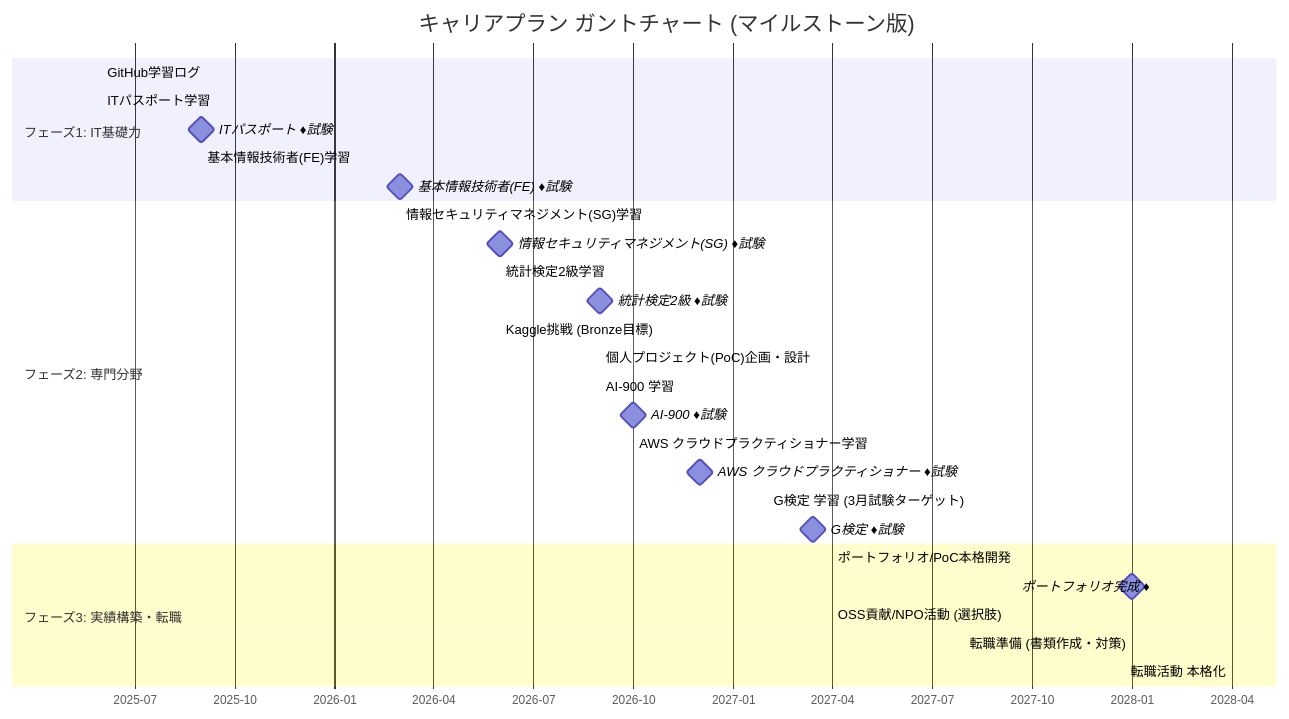
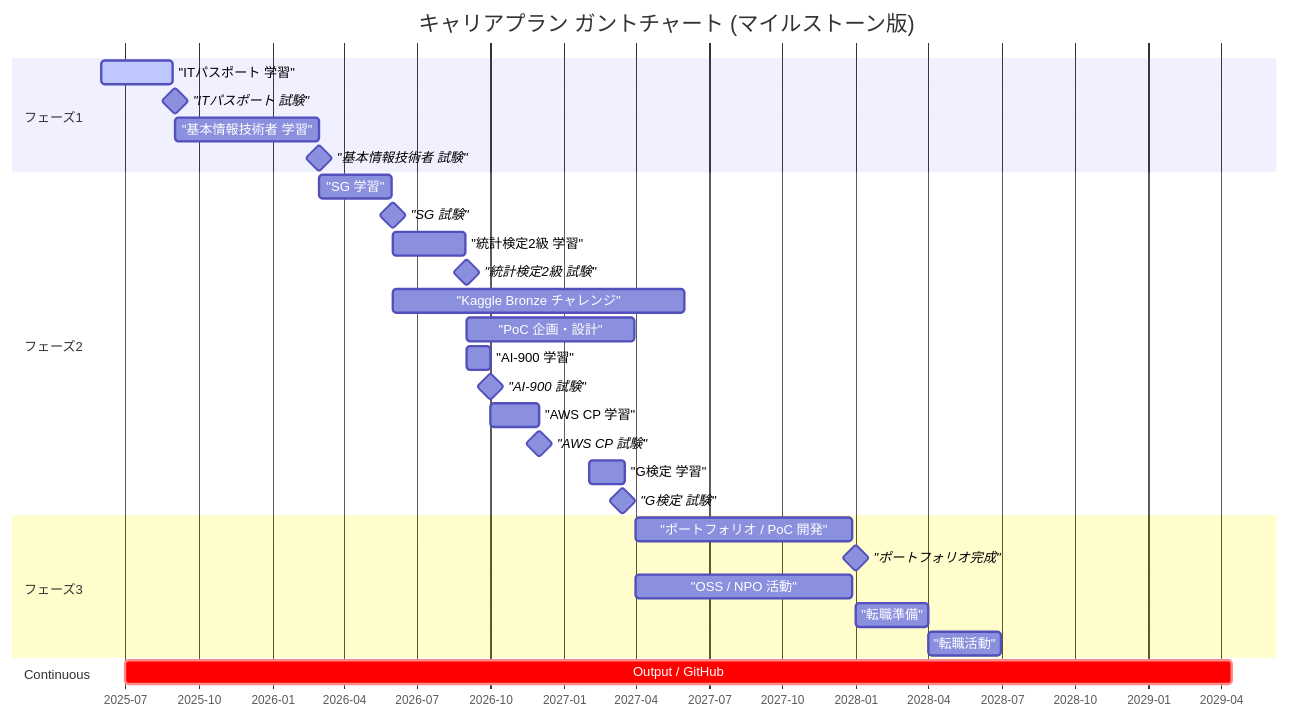
One commit to uruc-0start/- changed the diagram in README.md. Above: the diagram before and after it, drawn with Mermaid.

````diff
--- a/README.md
+++ b/README.md
@@ -1,39 +1,39 @@
 ```mermaid
 gantt
     title キャリアプラン ガントチャート (マイルストーン版)
     dateFormat  YYYY-MM-DD
     axisFormat  %Y-%m
 
-    %% フェーズ1: IT基礎力の養成と学習習慣の確立
-    section フェーズ1: IT基礎力
-    GitHub学習ログ           :active,log, 2025-06-01, 36m
-    ITパスポート学習         :active,ITP 2025-06-01, 3m
-    ITパスポート ♦試験       :milestone, 2025-09-01, 0d
-    基本情報技術者(FE)学習   :FE,         2025-09-01, 6m
-    基本情報技術者(FE) ♦試験 :milestone, 2026-03-01, 0d
+    %% フェーズ1: IT基礎力
+    section フェーズ1
+    "ITパスポート 学習"             :active, itp,  2025-06-01, 90d
+    "ITパスポート 試験"             :milestone,    2025-09-01, 0d
+    "基本情報技術者 学習"           :fe,           2025-09-01, 180d
+    "基本情報技術者 試験"           :milestone,    2026-03-01, 0d
 
-    %% フェーズ2: 専門分野の深化と「個人の実践力」の証明
-    section フェーズ2: 専門分野
-    情報セキュリティマネジメント(SG)学習 :SG, 2026-03-01, 3m
-    情報セキュリティマネジメント(SG) ♦試験 :milestone, 2026-06-01, 0d
-    統計検定2級学習                      :stat2, 2026-06-01, 3m
-    統計検定2級 ♦試験                    :milestone, 2026-09-01, 0d
-    
-    %% --- AI・クラウド資格取得と実践 ---
-    Kaggle挑戦 (Bronze目標)              :Kaggle, 2026-06-01, 12m
-    個人プロジェクト(PoC)企画・設計      :PoC 2026-09-01, 7m
-    AI-900 学習                          :AI-900, 2026-09-01, 1m
-    AI-900 ♦試験                         :milestone, 2026-10-01, 0d
-    AWS クラウドプラクティショナー学習     :AWS-CP 2026-10-01, 2m
-    AWS クラウドプラクティショナー ♦試験 :milestone, 2026-12-01, 0d
-    G検定 学習 (3月試験ターゲット)       :Gtest 2027-02-01, 1.5m
-    G検定 ♦試験                          :milestone, 2027-03-15, 0d
+    %% フェーズ2: 専門分野
+    section フェーズ2
+    "SG 学習"                       :sg,           2026-03-01, 90d
+    "SG 試験"                       :milestone,    2026-06-01, 0d
+    "統計検定2級 学習"              :stat2,        2026-06-01, 90d
+    "統計検定2級 試験"              :milestone,    2026-09-01, 0d
+    "Kaggle Bronze チャレンジ"       :kaggle,       2026-06-01, 365d
+    "PoC 企画・設計"                 :poc,          2026-09-01, 210d
+    "AI-900 学習"                   :ai900,        2026-09-01, 30d
+    "AI-900 試験"                   :milestone,    2026-10-01, 0d
+    "AWS CP 学習"                   :awscp,        2026-10-01, 60d
+    "AWS CP 試験"                   :milestone,    2026-12-01, 0d
+    "G検定 学習"                    :gtest,        2027-02-01, 45d
+    "G検定 試験"                    :milestone,    2027-03-15, 0d
 
-    %% フェーズ3: 実績のポートフォリオ化と転職準備
-    section フェーズ3: 実績構築・転職
-    ポートフォリオ/PoC本格開発  :port 2027-04-01, 9m
-    ポートフォリオ完成 ♦        :milestone, 2028-01-01, 0d
-    OSS貢献/NPO活動 (選択肢)    :oss 2027-04-01, 9m
-    転職準備 (書類作成・対策)   :jobs 2028-01-01, 3m
-    転職活動 本格化             :jobsearch 2028-04-01, 3m
+    %% フェーズ3: 実績構築・転職
+    section フェーズ3
+    "ポートフォリオ / PoC 開発"      :port,         2027-04-01, 270d
+    "ポートフォリオ完成"             :milestone,    2028-01-01, 0d
+    "OSS / NPO 活動"                :oss,          2027-04-01, 270d
+    "転職準備"                       :jobs,         2028-01-01, 90d
+    "転職活動"                       :jobsearch,    2028-04-01, 90d
+
+section Continuous
+  Output / GitHub: crit, cont, 2025-07-01, 2029-04-15
 ```
````
